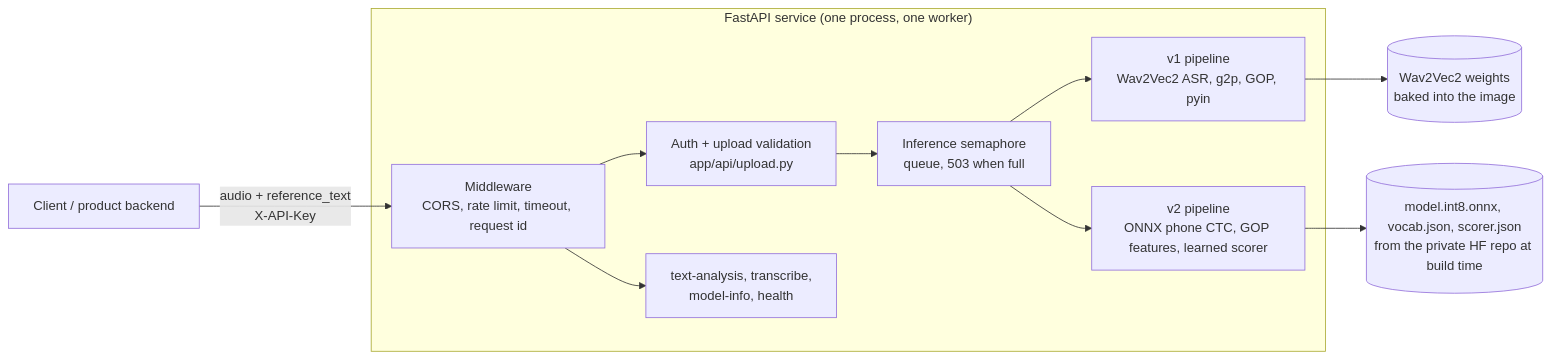
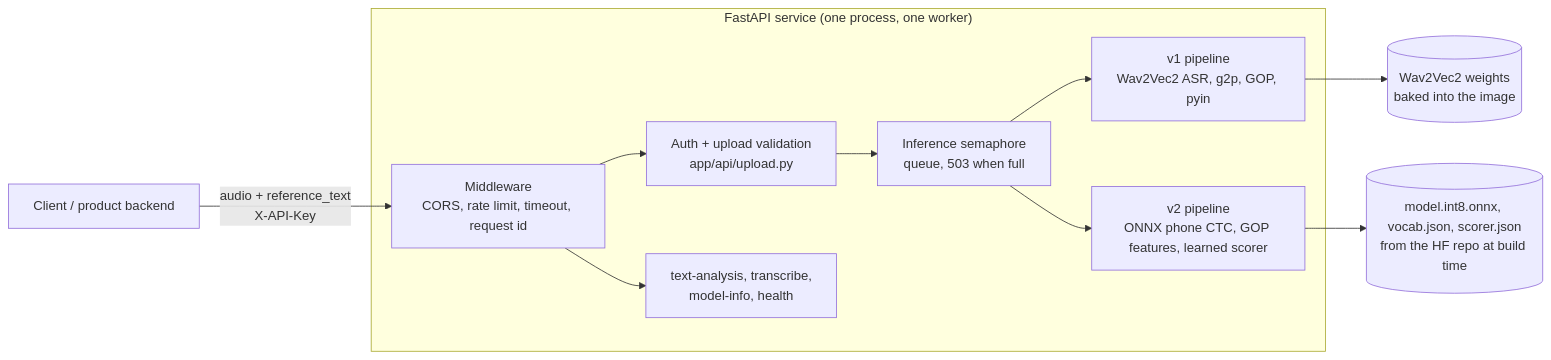
One commit to dris1153/pronunciation-service changed the first of 4 diagrams in docs/architecture.md. Above: the diagram before and after it, drawn with Mermaid. The commit also changed other lines of this file and 12 other files, not shown here.

First line of the commit message:
docs: v2 model repo is public, HF token is optional

````diff
--- a/docs/architecture.md
+++ b/docs/architecture.md
@@ -6,13 +6,13 @@
 ```mermaid
 flowchart LR
     client["Client / product backend"] -->|"audio + reference_text<br/>X-API-Key"| mw
     subgraph svc["FastAPI service (one process, one worker)"]
         mw["Middleware<br/>CORS, rate limit, timeout, request id"] --> val["Auth + upload validation<br/>app/api/upload.py"]
         val --> sem["Inference semaphore<br/>queue, 503 when full"]
         sem --> v1["v1 pipeline<br/>Wav2Vec2 ASR, g2p, GOP, pyin"]
         sem --> v2["v2 pipeline<br/>ONNX phone CTC, GOP features, learned scorer"]
         mw --> misc["text-analysis, transcribe,<br/>model-info, health"]
     end
     v1 --> w1[("Wav2Vec2 weights<br/>baked into the image")]
-    v2 --> w2[("model.int8.onnx, vocab.json, scorer.json<br/>from the private HF repo at build time")]
+    v2 --> w2[("model.int8.onnx, vocab.json, scorer.json<br/>from the HF repo at build time")]
 ```
````
